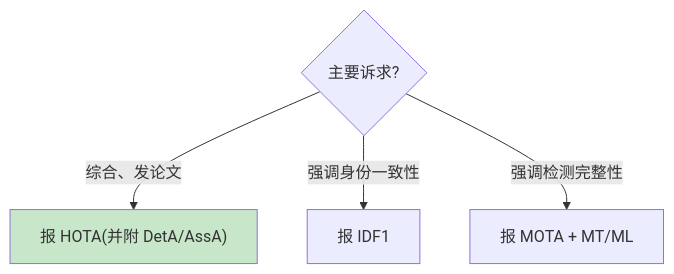
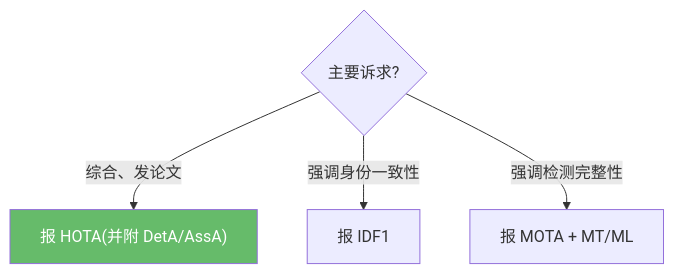
The eighth of 8 diagrams in docs/guides/tracking/metrics.md (yyq19990828/onnxtools), drawn with Mermaid before and after one commit. The commit also changed other lines of this file and 12 other files, not shown here.

First line of the commit message:
fix(docs): 修复 mermaid 暗色模式配色 + 语法报错 + 数学公式渲染

````diff
--- a/docs/guides/tracking/metrics.md
+++ b/docs/guides/tracking/metrics.md
@@ -166,8 +166,8 @@
 ```mermaid
 flowchart TD
     Q{"主要诉求?"}
     Q -->|综合、发论文| HOTA["报 HOTA(并附 DetA/AssA)"]
     Q -->|强调身份一致性| IDF1["报 IDF1"]
     Q -->|强调检测完整性| MOTA["报 MOTA + MT/ML"]
-    style HOTA fill:#c8e6c9
+    style HOTA fill:#66bb6a,color:#fff
 ```
````
